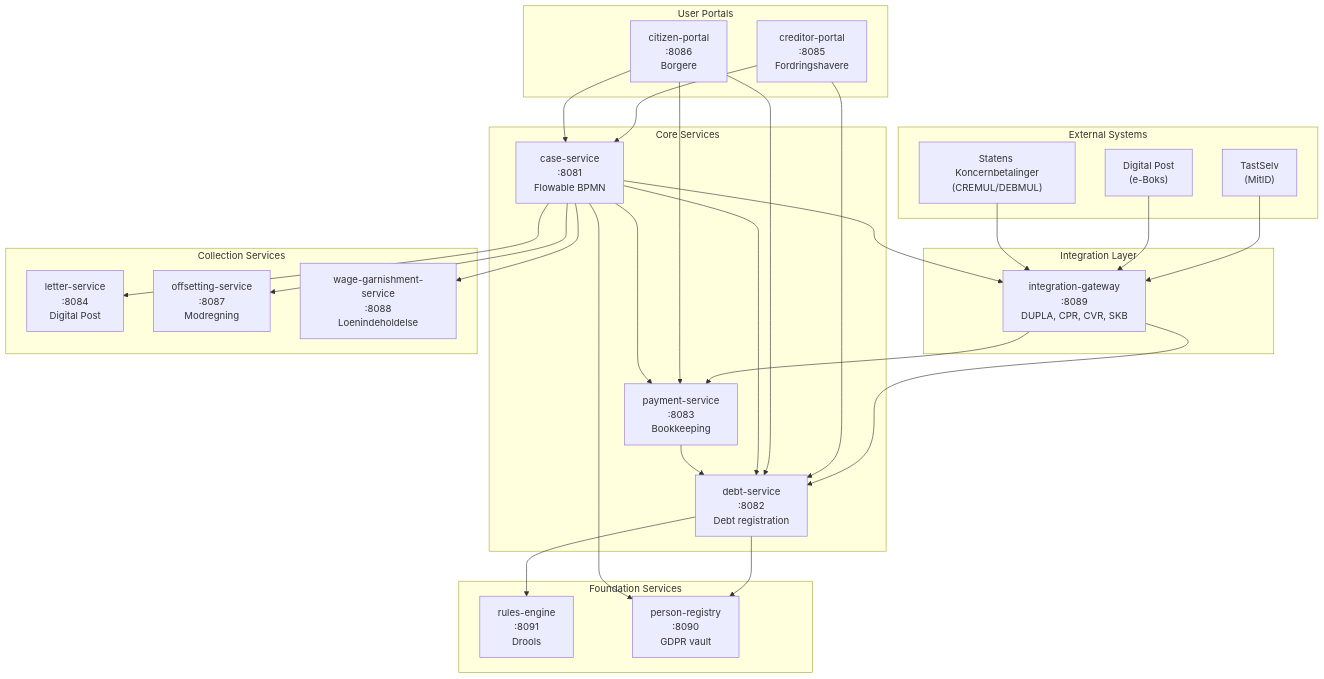
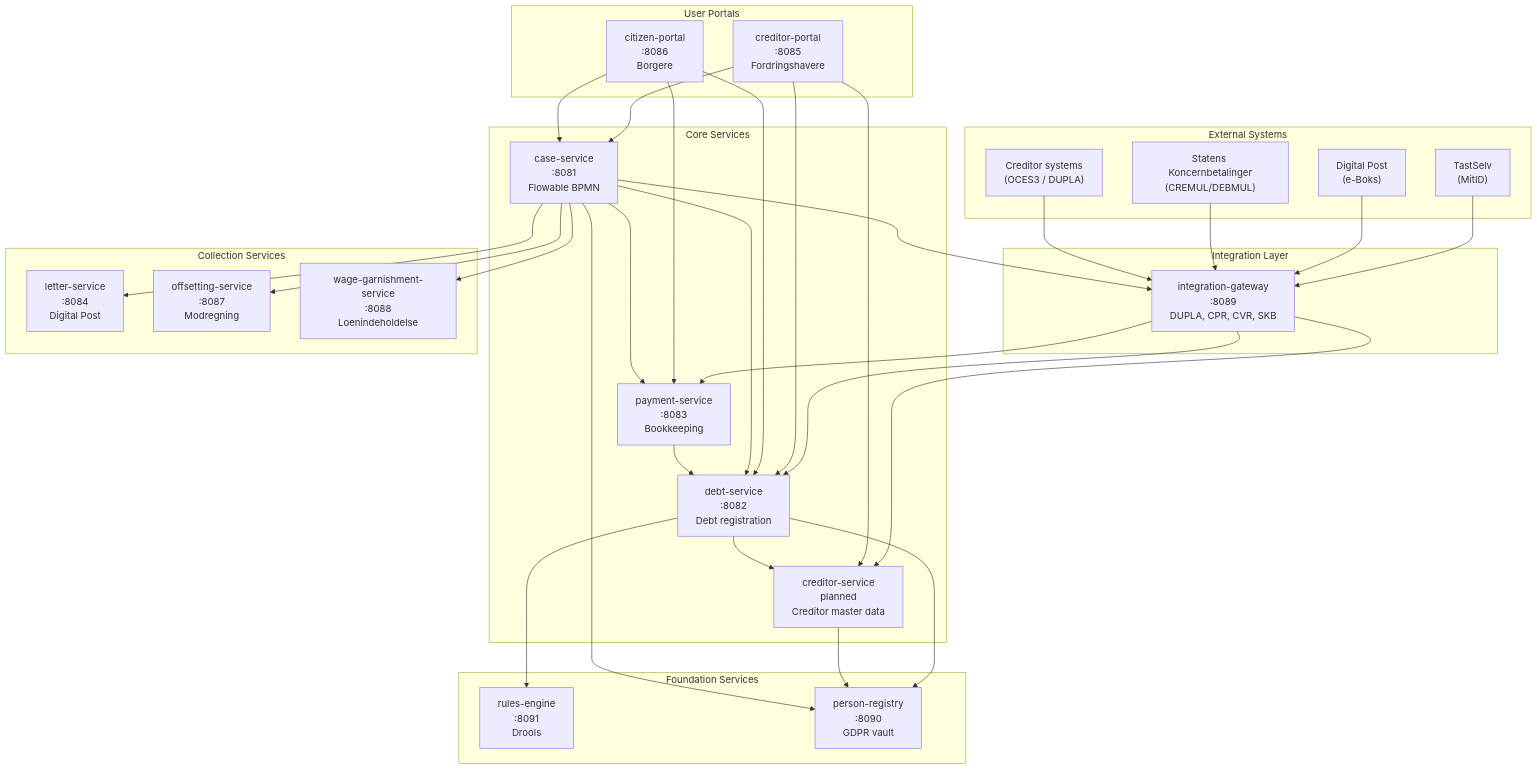
One commit to mfhens/opendebt changed the first of 7 diagrams in docs/architecture-overview.md. Above: the diagram before and after it, drawn with Mermaid. The commit also changed other lines of this file and 32 other files, not shown here.

First line of the commit message:
feat(program): define creditor delivery architecture and W1 artifacts

````diff
--- a/docs/architecture-overview.md
+++ b/docs/architecture-overview.md
@@ -7,59 +7,66 @@
 ```mermaid
 graph TB
     subgraph External["External Systems"]
         TastSelv["TastSelv<br/>(MitID)"]
         DigitalPost["Digital Post<br/>(e-Boks)"]
         SKB["Statens Koncernbetalinger<br/>(CREMUL/DEBMUL)"]
+        ES["Creditor systems<br/>(OCES3 / DUPLA)"]
     end
 
     subgraph Gateway["Integration Layer"]
         IG["integration-gateway<br/>:8089<br/>DUPLA, CPR, CVR, SKB"]
     end
 
     subgraph Portals["User Portals"]
         CP["creditor-portal<br/>:8085<br/>Fordringshavere"]
         BP["citizen-portal<br/>:8086<br/>Borgere"]
     end
 
     subgraph Core["Core Services"]
         DS["debt-service<br/>:8082<br/>Debt registration"]
         CS["case-service<br/>:8081<br/>Flowable BPMN"]
         PS["payment-service<br/>:8083<br/>Bookkeeping"]
+        CRS["creditor-service<br/>planned<br/>Creditor master data"]
     end
 
     subgraph Collection["Collection Services"]
         LS["letter-service<br/>:8084<br/>Digital Post"]
         OS["offsetting-service<br/>:8087<br/>Modregning"]
         WG["wage-garnishment-service<br/>:8088<br/>Loenindeholdelse"]
     end
 
     subgraph Foundation["Foundation Services"]
         RE["rules-engine<br/>:8091<br/>Drools"]
         PR["person-registry<br/>:8090<br/>GDPR vault"]
     end
 
     TastSelv --> IG
     DigitalPost --> IG
     SKB --> IG
+    ES --> IG
 
     IG --> PS
     IG --> DS
+    IG --> CRS
 
     CP --> DS
     CP --> CS
+    CP --> CRS
     BP --> DS
     BP --> CS
     BP --> PS
 
     CS --> DS
     CS --> PS
     CS --> LS
     CS --> OS
     CS --> WG
     CS --> IG
 
     DS --> RE
     DS --> PR
+    DS --> CRS
+    CRS --> PR
     CS --> PR
     PS --> DS
 ```
````
